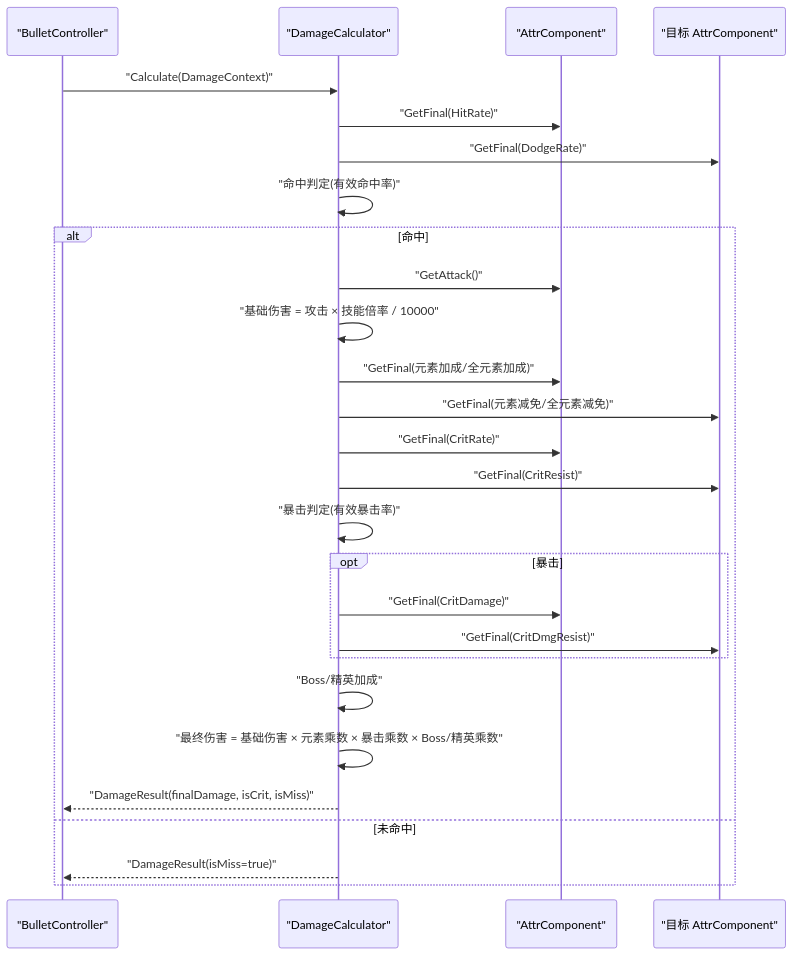
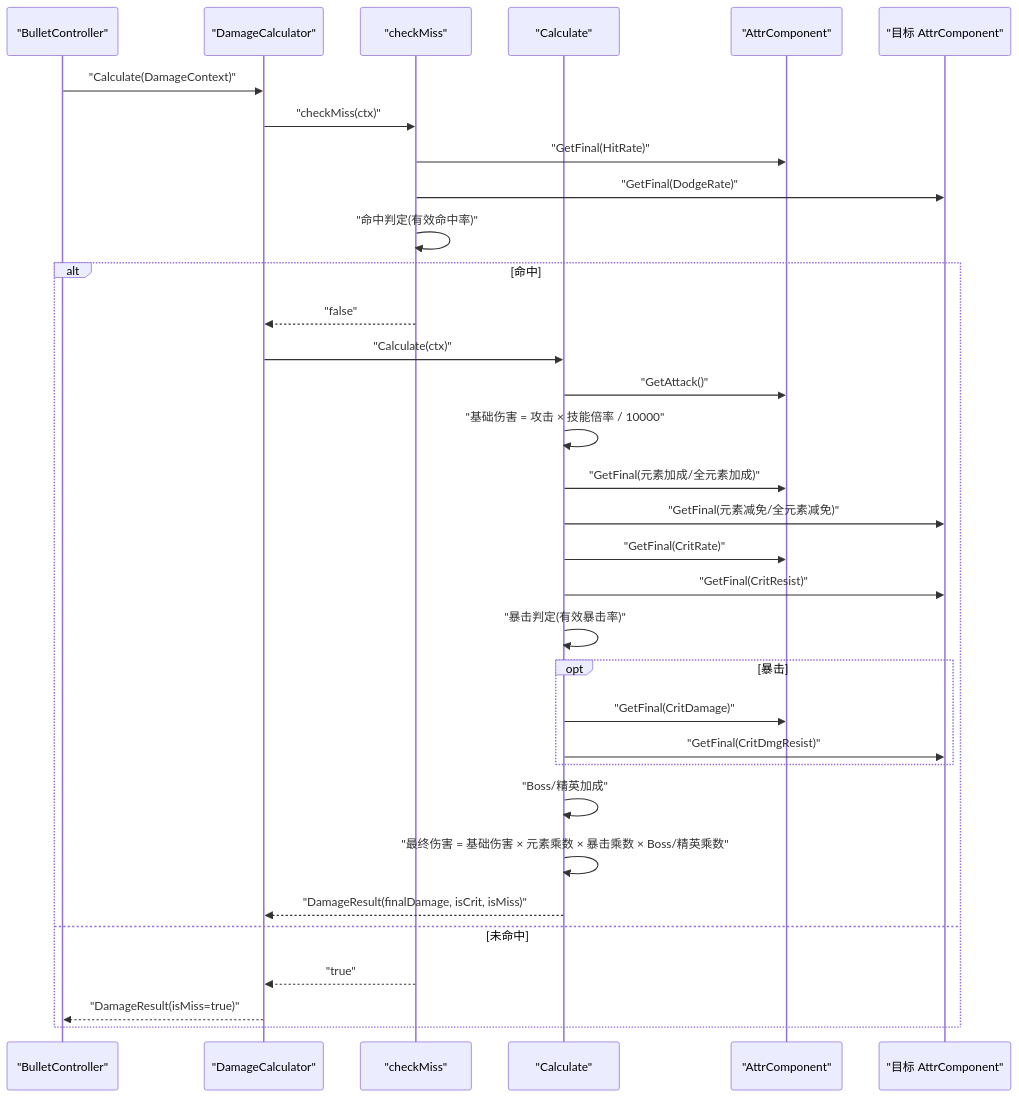
One commit to Tuusen/p1_client changed the second of 7 diagrams in .qoder/repowiki/zh/content/战斗系统/伤害计算系统.md. Above: the diagram before and after it, drawn with Mermaid. The commit also changed other lines of this file and 11 other files, not shown here.

````diff
--- a/.qoder/repowiki/zh/content/战斗系统/伤害计算系统.md
+++ b/.qoder/repowiki/zh/content/战斗系统/伤害计算系统.md
@@ -95,29 +109,35 @@
 ```mermaid
 sequenceDiagram
 participant BC as "BulletController"
 participant DC as "DamageCalculator"
+participant CM as "checkMiss"
+participant CA as "Calculate"
 participant AC as "AttrComponent"
 participant DEF as "目标 AttrComponent"
 BC->>DC : "Calculate(DamageContext)"
-DC->>AC : "GetFinal(HitRate)"
-DC->>DEF : "GetFinal(DodgeRate)"
-DC->>DC : "命中判定(有效命中率)"
+DC->>CM : "checkMiss(ctx)"
+CM->>AC : "GetFinal(HitRate)"
+CM->>DEF : "GetFinal(DodgeRate)"
+CM->>CM : "命中判定(有效命中率)"
 alt 命中
-DC->>AC : "GetAttack()"
-DC->>DC : "基础伤害 = 攻击 × 技能倍率 / 10000"
-DC->>AC : "GetFinal(元素加成/全元素加成)"
-DC->>DEF : "GetFinal(元素减免/全元素减免)"
-DC->>AC : "GetFinal(CritRate)"
-DC->>DEF : "GetFinal(CritResist)"
-DC->>DC : "暴击判定(有效暴击率)"
+CM-->>DC : "false"
+DC->>CA : "Calculate(ctx)"
+CA->>AC : "GetAttack()"
+CA->>CA : "基础伤害 = 攻击 × 技能倍率 / 10000"
+CA->>AC : "GetFinal(元素加成/全元素加成)"
+CA->>DEF : "GetFinal(元素减免/全元素减免)"
+CA->>AC : "GetFinal(CritRate)"
+CA->>DEF : "GetFinal(CritResist)"
+CA->>CA : "暴击判定(有效暴击率)"
 opt 暴击
-DC->>AC : "GetFinal(CritDamage)"
-DC->>DEF : "GetFinal(CritDmgResist)"
+CA->>AC : "GetFinal(CritDamage)"
+CA->>DEF : "GetFinal(CritDmgResist)"
 end
-DC->>DC : "Boss/精英加成"
-DC->>DC : "最终伤害 = 基础伤害 × 元素乘数 × 暴击乘数 × Boss/精英乘数"
-DC-->>BC : "DamageResult(finalDamage, isCrit, isMiss)"
+CA->>CA : "Boss/精英加成"
+CA->>CA : "最终伤害 = 基础伤害 × 元素乘数 × 暴击乘数 × Boss/精英乘数"
+CA-->>DC : "DamageResult(finalDamage, isCrit, isMiss)"
 else 未命中
+CM-->>DC : "true"
 DC-->>BC : "DamageResult(isMiss=true)"
 end
 ```
````
